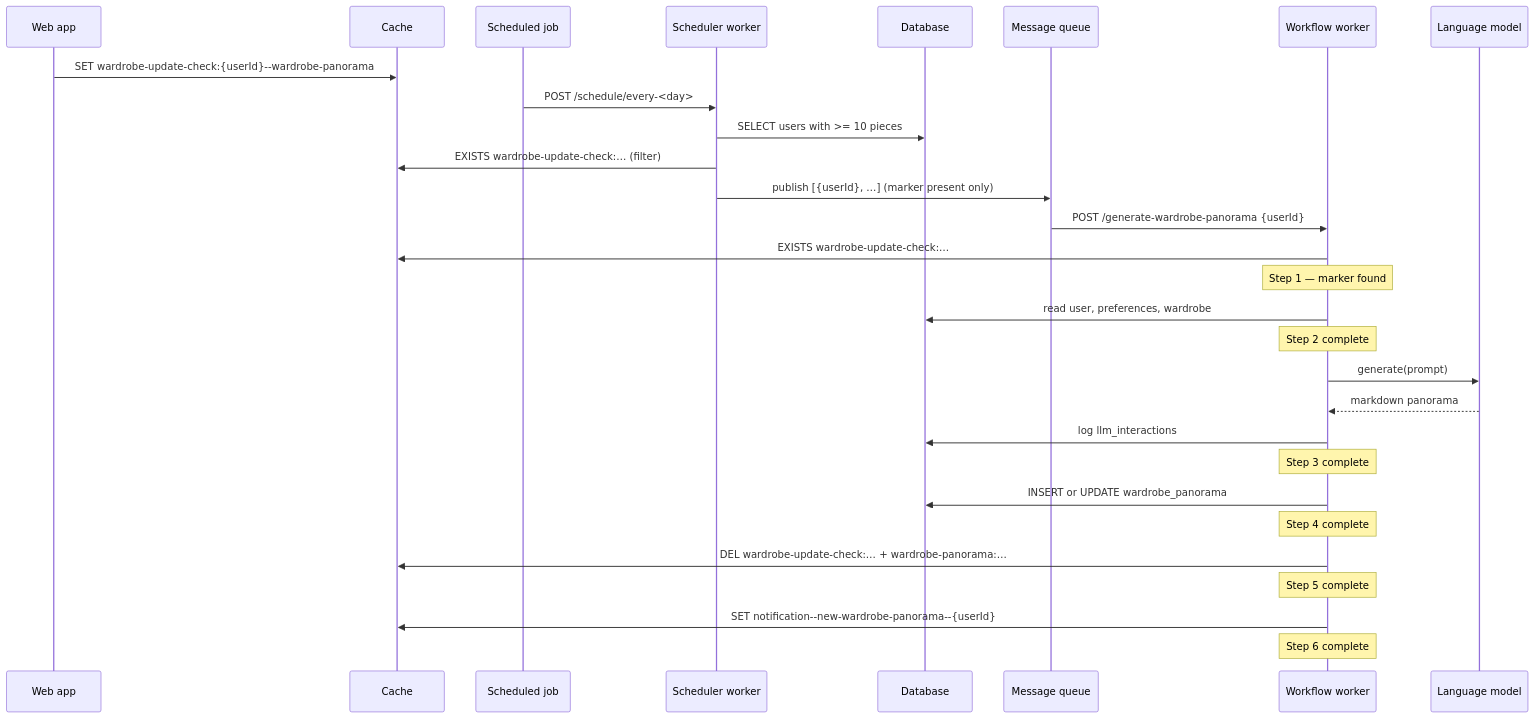
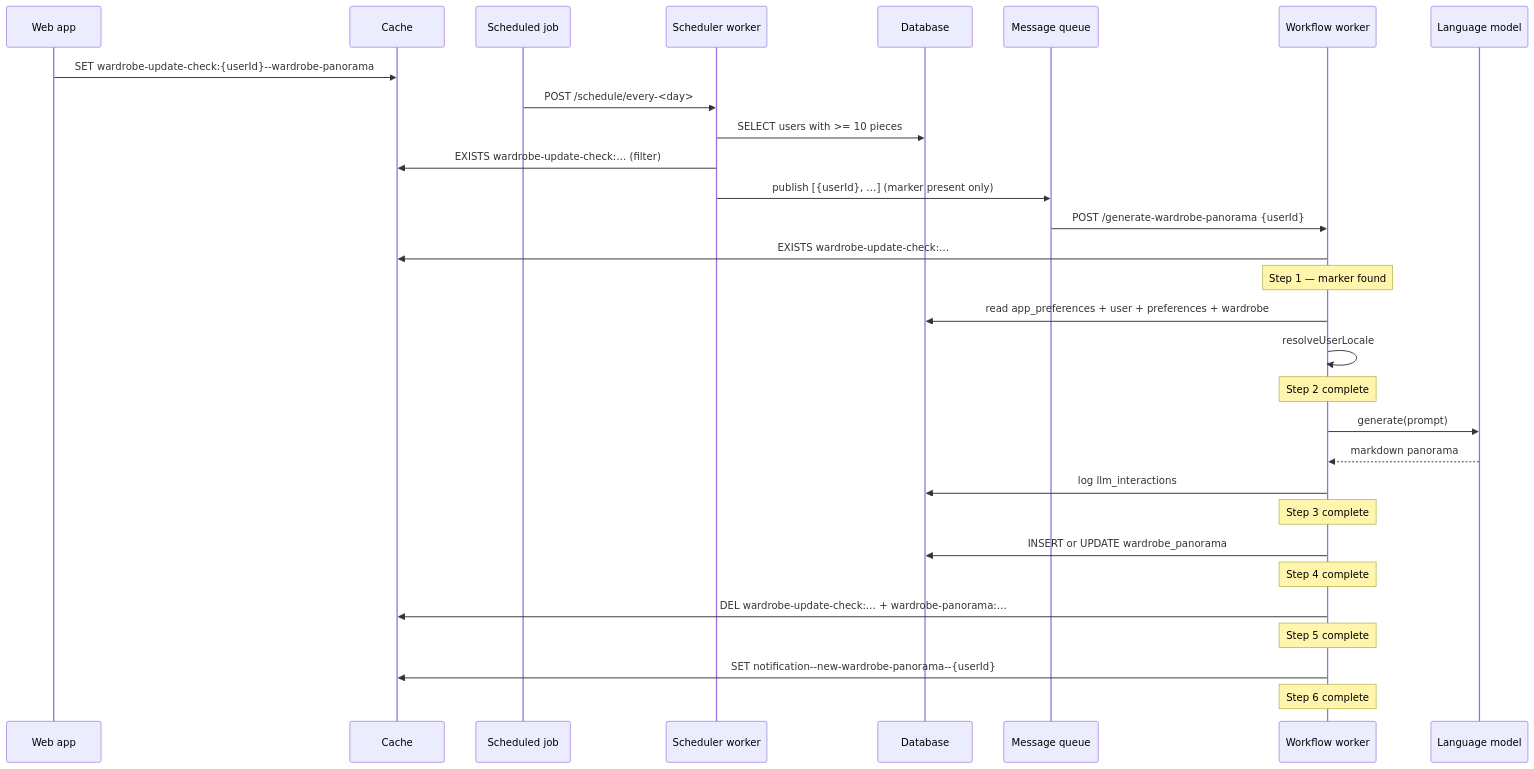
The fourth of 4 diagrams in apps/worker-ai-workflows/docs/WARDROBE_PANORAMA_WORKFLOW.md (emmanuelviniciusdev/SkyDIIV--backstage), drawn with Mermaid before and after one commit. The commit also changed other lines of this file and 29 other files, not shown here.

````diff
--- a/apps/worker-ai-workflows/docs/WARDROBE_PANORAMA_WORKFLOW.md
+++ b/apps/worker-ai-workflows/docs/WARDROBE_PANORAMA_WORKFLOW.md
@@ -504,39 +525,40 @@
 ```mermaid
 sequenceDiagram
     participant WEB as Web app
     participant CACHE as Cache
     participant CRON as Scheduled job
     participant SCH as Scheduler worker
     participant DB as Database
     participant MQ as Message queue
     participant WF as Workflow worker
     participant LLM as Language model
 
     WEB->>CACHE: SET wardrobe-update-check:{userId}--wardrobe-panorama
 
     CRON->>SCH: POST /schedule/every-<day>
     SCH->>DB: SELECT users with >= 10 pieces
     SCH->>CACHE: EXISTS wardrobe-update-check:… (filter)
     SCH->>MQ: publish [{userId}, …] (marker present only)
     MQ->>WF: POST /generate-wardrobe-panorama {userId}
 
     WF->>CACHE: EXISTS wardrobe-update-check:…
     Note over WF: Step 1 — marker found
 
-    WF->>DB: read user, preferences, wardrobe
+    WF->>DB: read app_preferences + user + preferences + wardrobe
+    WF->>WF: resolveUserLocale
     Note over WF: Step 2 complete
 
     WF->>LLM: generate(prompt)
     LLM-->>WF: markdown panorama
     WF->>DB: log llm_interactions
     Note over WF: Step 3 complete
 
     WF->>DB: INSERT or UPDATE wardrobe_panorama
     Note over WF: Step 4 complete
 
     WF->>CACHE: DEL wardrobe-update-check:… + wardrobe-panorama:…
     Note over WF: Step 5 complete
 
     WF->>CACHE: SET notification--new-wardrobe-panorama--{userId}
     Note over WF: Step 6 complete
 ```
````
